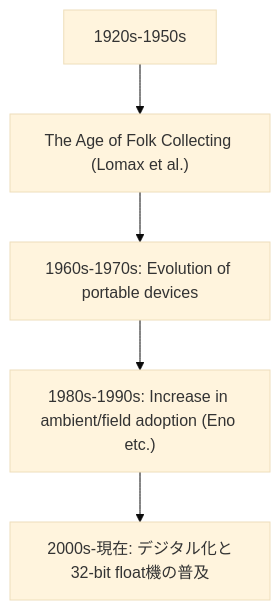
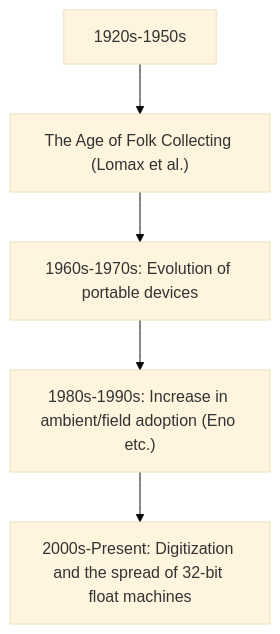
Before and after one commit to monumental-movement/monumental-movement.github.io: the diagram in en/_posts/2025-09-30-Column-Field-Recording.md, drawn with Mermaid (base theme). The commit also changed other lines of this file and 319 other files, not shown here.

```diff
--- a/en/_posts/2025-09-30-Column-Field-Recording.md
+++ b/en/_posts/2025-09-30-Column-Field-Recording.md
@@ -42,7 +42,7 @@
 <div class="mermaid">
 flowchart TD
   A["1920s-1950s"] --> B["The Age of Folk Collecting (Lomax et al.)"]
   B --> C["1960s-1970s: Evolution of portable devices"]
   C --> D["1980s-1990s: Increase in ambient/field adoption (Eno etc.)"]
-  D --> E["2000s-現在: デジタル化と32-bit float機の普及"]
+  D --> E["2000s-Present: Digitization and the spread of 32-bit float machines"]
 </div>
```
